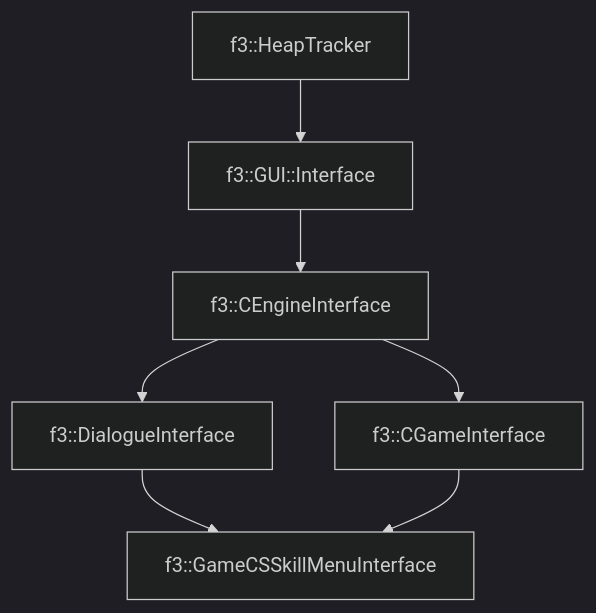
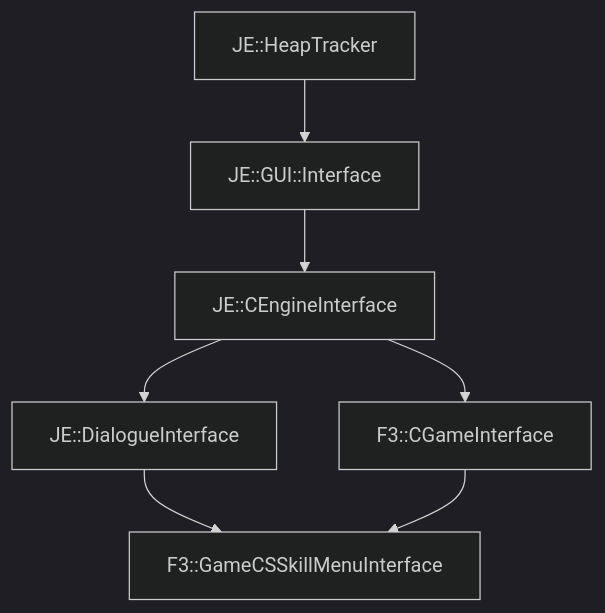
Before and after one commit to OpenJE/openvb: the diagram in docs/f3/GameDialogueInterface.md, drawn with Mermaid (dark theme). The commit also changed other lines of this file and 1399 other files, not shown here.

````diff
--- a/docs/f3/GameDialogueInterface.md
+++ b/docs/f3/GameDialogueInterface.md
@@ -20,9 +20,9 @@
 ```mermaid
 graph TD;
-    f3::HeapTracker --> f3::GUI::Interface
-    f3::GUI::Interface --> f3::CEngineInterface
-    f3::CEngineInterface --> f3::DialogueInterface
-    f3::CEngineInterface --> f3::CGameInterface
-    f3::DialogueInterface --> f3::GameCSSkillMenuInterface
-    f3::CGameInterface --> f3::GameCSSkillMenuInterface
+    JE::HeapTracker --> JE::GUI::Interface
+    JE::GUI::Interface --> JE::CEngineInterface
+    JE::CEngineInterface --> JE::DialogueInterface
+    JE::CEngineInterface --> F3::CGameInterface
+    JE::DialogueInterface --> F3::GameCSSkillMenuInterface
+    F3::CGameInterface --> F3::GameCSSkillMenuInterface
 ```
````
